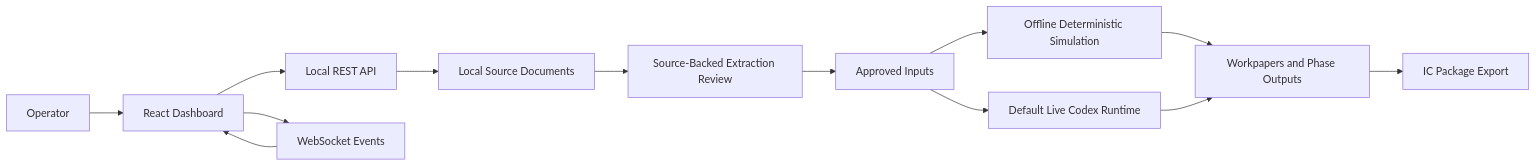
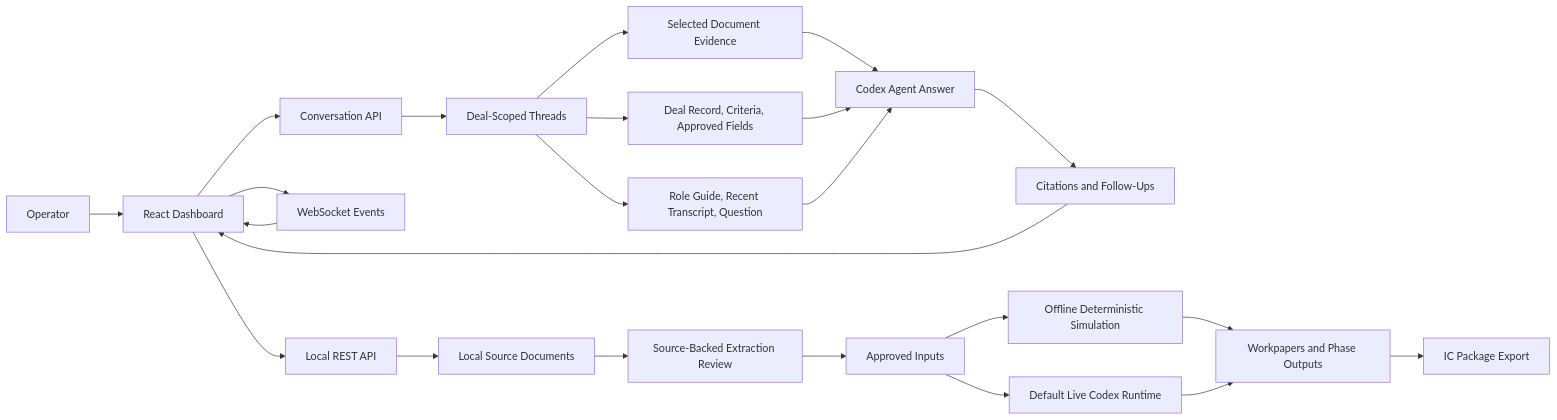
Before and after one commit to ahacker-1/cre-acquisition-orchestrator: the second of 2 diagrams in README.md, drawn with Mermaid. The commit also changed other lines of this file and 70 other files, not shown here.

First line of the commit message:
feat: add conversation desk and persistent agent chat (#76)

````diff
--- a/README.md
+++ b/README.md
@@ -305,15 +329,25 @@
 ```mermaid
 flowchart LR
     U[Operator] --> UI[React Dashboard]
     UI --> API[Local REST API]
     UI --> WS[WebSocket Events]
+    UI --> CONV[Conversation API]
+    CONV --> THREADS[Deal-Scoped Threads]
+    THREADS --> SCOPE[Selected Document Evidence]
+    THREADS --> DEALCTX[Deal Record, Criteria, Approved Fields]
+    THREADS --> TURNCTX[Role Guide, Recent Transcript, Question]
+    SCOPE --> ANSWER[Codex Agent Answer]
+    DEALCTX --> ANSWER
+    TURNCTX --> ANSWER
+    ANSWER --> CITED[Citations and Follow-Ups]
+    CITED --> UI
     API --> DOCS[Local Source Documents]
     DOCS --> REVIEW[Source-Backed Extraction Review]
     REVIEW --> APPROVED[Approved Inputs]
     APPROVED --> SIM[Offline Deterministic Simulation]
     APPROVED --> CODEX[Default Live Codex Runtime]
     SIM --> WORKPAPERS[Workpapers and Phase Outputs]
     CODEX --> WORKPAPERS
     WORKPAPERS --> PACKAGE[IC Package Export]
     WS --> UI
 ```
````
